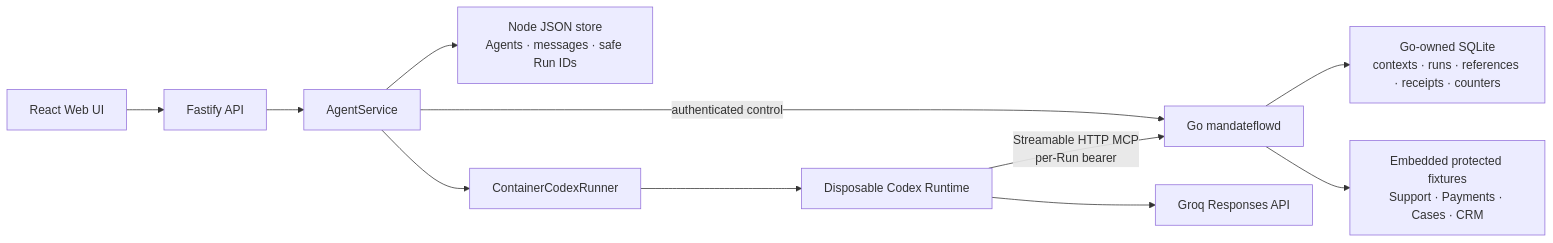
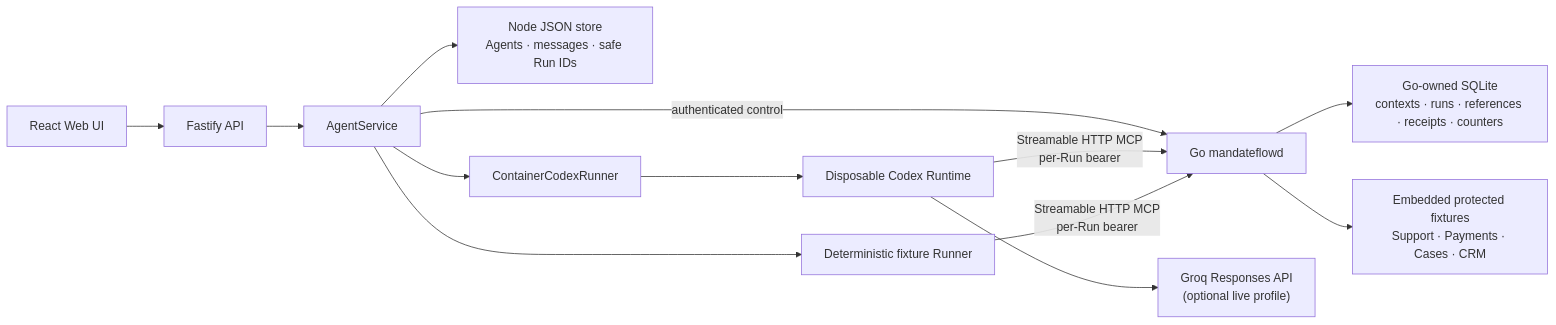
Before and after one commit to tradaokamsa/MandateFlow: the diagram in CodeJam/docs/ARCHITECTURE.md, drawn with Mermaid. The commit also changed other lines of this file and 32 other files, not shown here.

First line of the commit message:
feat(mandateflow): enforce provenance-aware tool flows

````diff
--- a/CodeJam/docs/ARCHITECTURE.md
+++ b/CodeJam/docs/ARCHITECTURE.md
@@ -7,13 +9,15 @@
 ```mermaid
 flowchart LR
     UI["React Web UI"] --> API["Fastify API"]
     API --> Service["AgentService"]
     Service --> NodeStore["Node JSON store<br/>Agents · messages · safe Run IDs"]
     Service -->|authenticated control| Gateway["Go mandateflowd"]
     Gateway --> GoStore["Go-owned SQLite<br/>contexts · runs · references · receipts · counters"]
     Service --> Runner["ContainerCodexRunner"]
     Runner --> Runtime["Disposable Codex Runtime"]
-    Runtime --> Groq["Groq Responses API"]
+    Runtime --> Groq["Groq Responses API<br/>(optional live profile)"]
     Runtime -->|Streamable HTTP MCP<br/>per-Run bearer| Gateway
+    Service --> Fixture["Deterministic fixture Runner"]
+    Fixture -->|Streamable HTTP MCP<br/>per-Run bearer| Gateway
     Gateway --> Fixtures["Embedded protected fixtures<br/>Support · Payments · Cases · CRM"]
 ```
````
